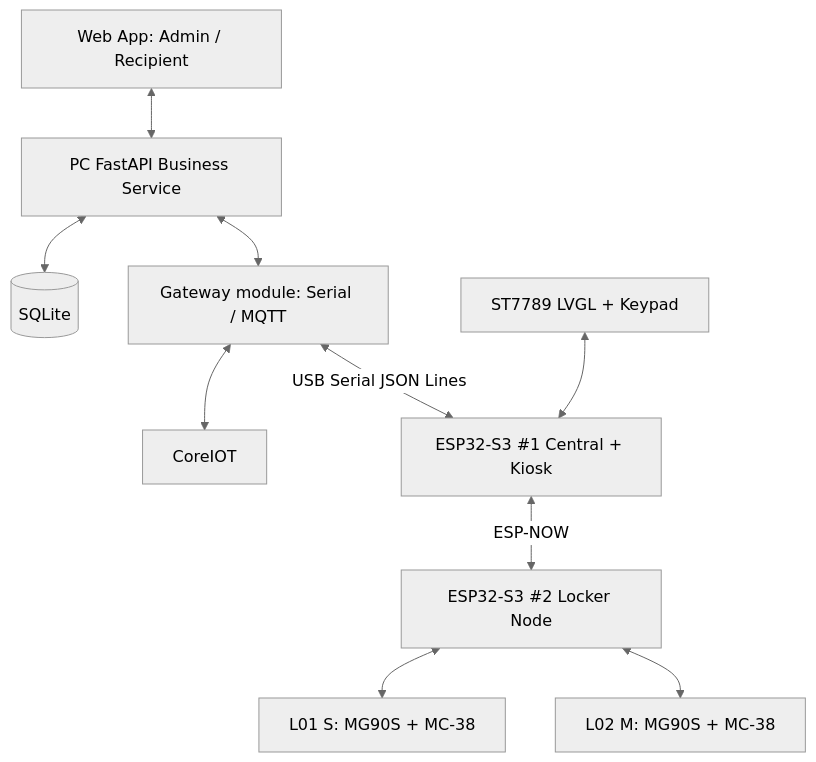
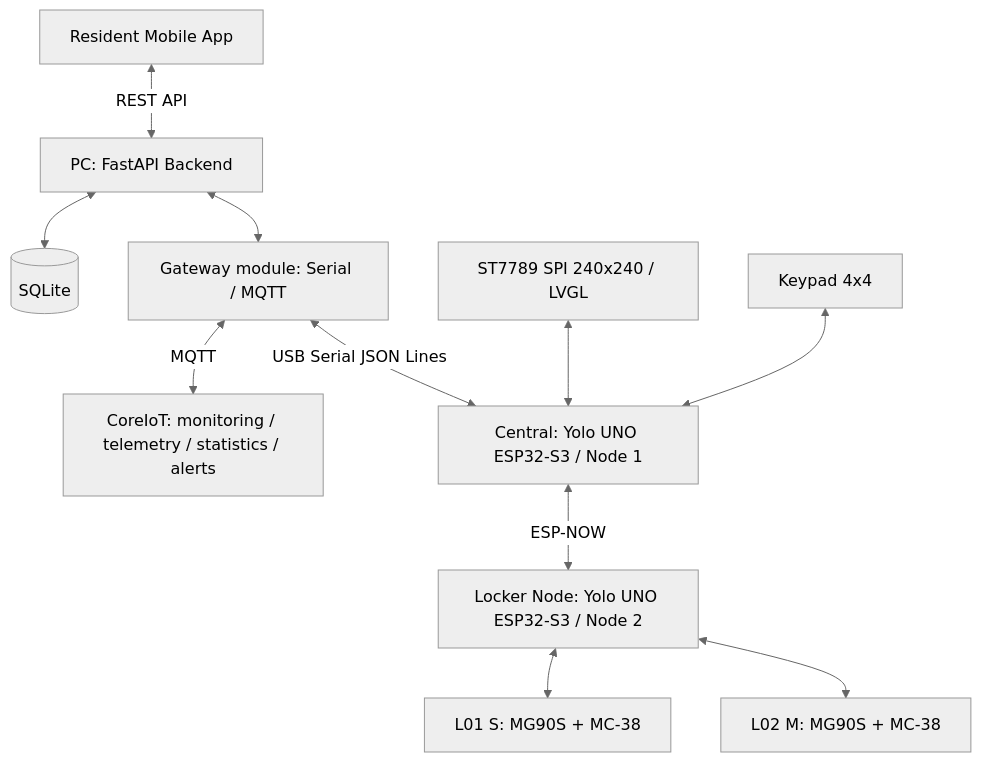
Before and after one commit to Tilum06/Smart-Parcel-Locker---IoT-Assignmentt: the diagram in docs/ARCHITECTURE.md, drawn with Mermaid (neutral theme). The commit also changed other lines of this file and 23 other files, not shown here.

Commit message:
docs(embedded): finalize MVP v2.1 architecture and pinout

````diff
--- a/docs/ARCHITECTURE.md
+++ b/docs/ARCHITECTURE.md
@@ -9,12 +7,13 @@
 ```mermaid
 flowchart TB
-    W[Web App: Admin / Recipient] <--> B[PC FastAPI Business Service]
+    A[Resident Mobile App] <-->|REST API| B[PC: FastAPI Backend]
     B <--> DB[(SQLite)]
     B <--> G[Gateway module: Serial / MQTT]
-    G <--> I[CoreIOT]
-    G <-->|USB Serial JSON Lines| C[ESP32-S3 #1 Central + Kiosk]
-    K[ST7789 LVGL + Keypad] <--> C
-    C <-->|ESP-NOW| N[ESP32-S3 #2 Locker Node]
+    G <-->|MQTT| I[CoreIoT: monitoring / telemetry / statistics / alerts]
+    G <-->|USB Serial JSON Lines| C[Central: Yolo UNO ESP32-S3 / Node 1]
+    D[ST7789 SPI 240x240 / LVGL] <--> C
+    K[Keypad 4x4] <--> C
+    C <-->|ESP-NOW| N[Locker Node: Yolo UNO ESP32-S3 / Node 2]
     N <--> L1[L01 S: MG90S + MC-38]
     N <--> L2[L02 M: MG90S + MC-38]
 ```
````
